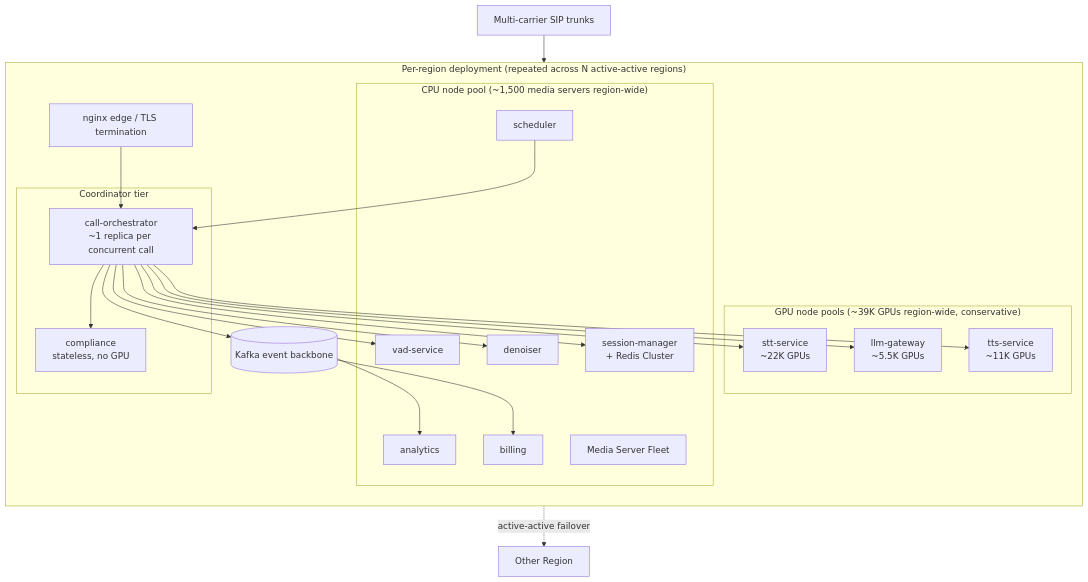
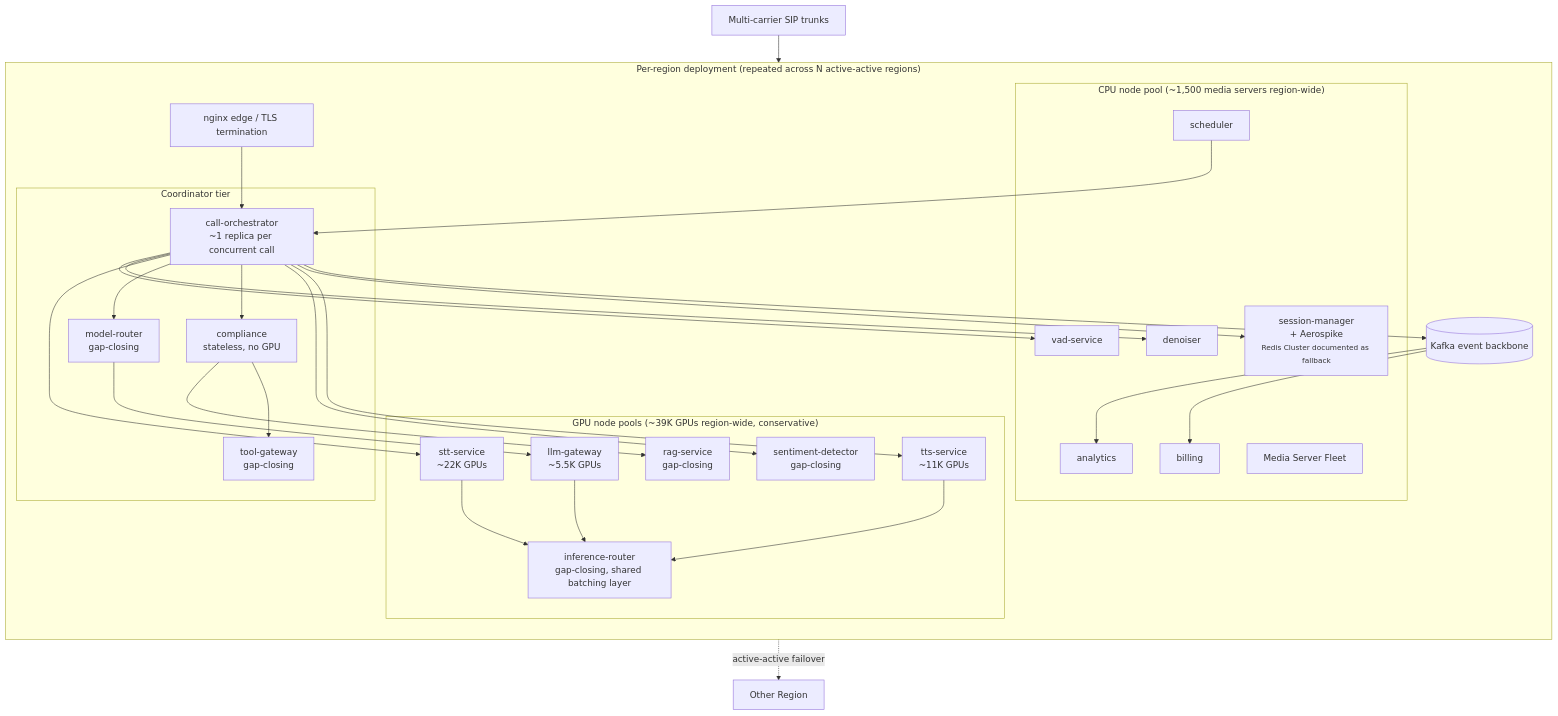
One commit to updated123/Voice_Agent changed the diagram in architecture/deployment-diagram.mmd. Above: the diagram before and after it, drawn with Mermaid. The commit also changed 3 other files, not shown here.

First line of the commit message:
Fix stale doc references and diagram inconsistencies

```diff
--- a/architecture/deployment-diagram.mmd
+++ b/architecture/deployment-diagram.mmd
@@ -1,48 +1,60 @@
 %% deployment-diagram.mmd — infra topology at hyperscale
 %% Source for docs/deployment.md and docs/scaling.md.
 %% Render with: mmdc -i deployment-diagram.mmd -o deployment-diagram.png
 
 flowchart TB
     subgraph Region["Per-region deployment (repeated across N active-active regions)"]
         direction TB
 
         subgraph CPUTier["CPU node pool (~1,500 media servers region-wide)"]
             MS[Media Server Fleet]
             VADS[vad-service]
             DNS[denoiser]
             SCHED[scheduler]
-            SESS[session-manager<br/>+ Redis Cluster]
+            SESS[session-manager<br/>+ Aerospike<br/><small>Redis Cluster documented as fallback</small>]
             ANALYTICS[analytics]
             BILLING[billing]
         end
 
         subgraph GPUTier["GPU node pools (~39K GPUs region-wide, conservative)"]
             STT["stt-service<br/>~22K GPUs"]
             LLMGW["llm-gateway<br/>~5.5K GPUs"]
             TTSS["tts-service<br/>~11K GPUs"]
+            RAG["rag-service<br/>gap-closing"]
+            SENT["sentiment-detector<br/>gap-closing"]
+            INFR["inference-router<br/>gap-closing, shared batching layer"]
         end
 
         subgraph CoordTier["Coordinator tier"]
             ORCH["call-orchestrator<br/>~1 replica per concurrent call"]
             COMP["compliance<br/>stateless, no GPU"]
+            TOOLGW["tool-gateway<br/>gap-closing"]
+            MROUTER["model-router<br/>gap-closing"]
         end
 
         NGINX[nginx edge / TLS termination]
         KAFKA[(Kafka event backbone)]
 
         NGINX --> ORCH
         ORCH --> VADS
         ORCH --> DNS
         ORCH --> STT
-        ORCH --> LLMGW
+        ORCH --> MROUTER
+        MROUTER --> LLMGW
         ORCH --> COMP
+        COMP --> RAG
+        COMP --> TOOLGW
+        ORCH --> SENT
         ORCH --> TTSS
         ORCH --> SESS
         ORCH --> KAFKA
+        STT --> INFR
+        LLMGW --> INFR
+        TTSS --> INFR
         KAFKA --> ANALYTICS
         KAFKA --> BILLING
         SCHED --> ORCH
     end
 
     CARRIER[Multi-carrier SIP trunks] --> NGINX
     Region -.->|active-active failover| Region2[Other Region]
```
